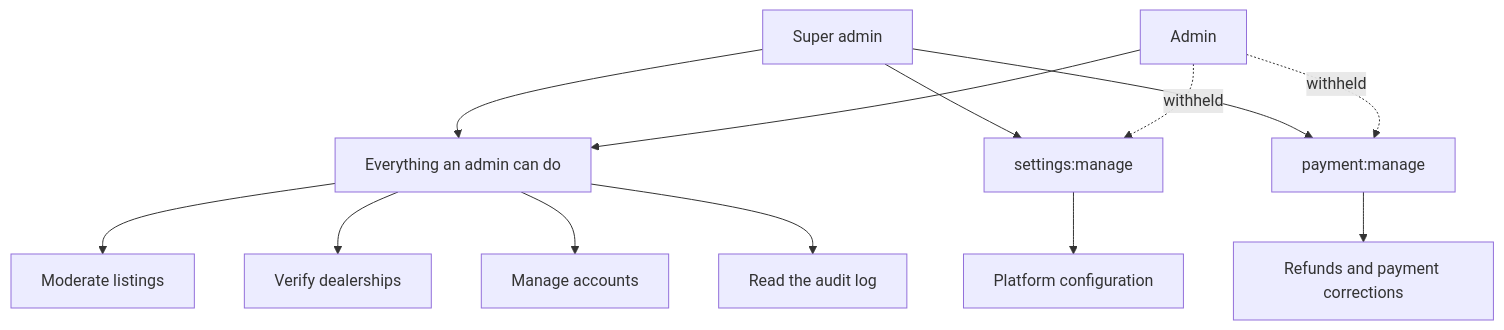
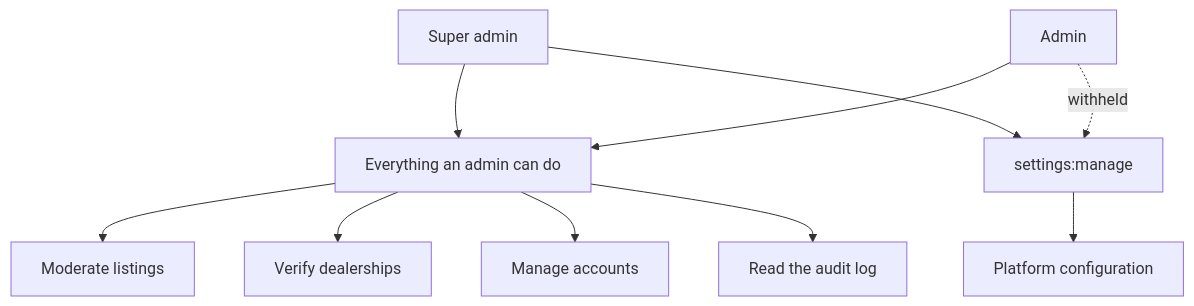
The seventh of 19 diagrams in documentation/transaction-flow.md (MohammadZakariaDehghani/Vintrax), drawn with Mermaid before and after one commit. The commit also changed other lines of this file and 39 other files, not shown here.

````diff
--- a/documentation/transaction-flow.md
+++ b/documentation/transaction-flow.md
@@ -302,18 +289,15 @@
 ```mermaid
 flowchart TD
     A["Super admin"] --> B["Everything an admin can do"]
     A --> C["settings:manage"]
-    A --> D["payment:manage"]
 
     B --> E["Moderate listings"]
     B --> F["Verify dealerships"]
     B --> G["Manage accounts"]
     B --> H["Read the audit log"]
 
     C --> I["Platform configuration"]
-    D --> J["Refunds and payment corrections"]
 
     K["Admin"] --> B
     K -.-> |"withheld"| C
-    K -.-> |"withheld"| D
 ```
````
